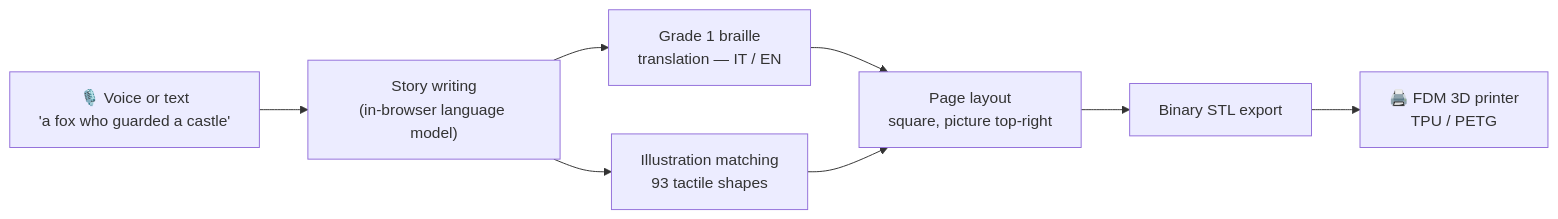
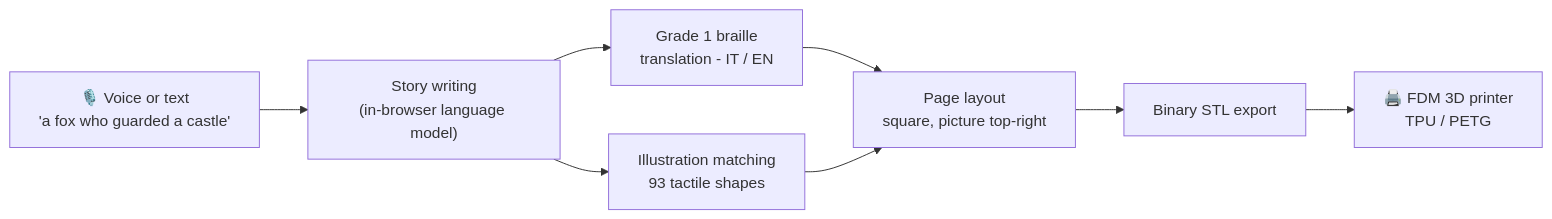
One commit to thatsfaso/tact changed the diagram in README.md. Above: the diagram before and after it, drawn with Mermaid. The commit also changed other lines of this file, not shown here.

````diff
--- a/README.md
+++ b/README.md
@@ -31,10 +31,10 @@
 ```mermaid
 flowchart LR
     A["🎙️ Voice or text\n'a fox who guarded a castle'"] --> B["Story writing\n(in-browser language model)"]
-    B --> C["Grade 1 braille\ntranslation — IT / EN"]
+    B --> C["Grade 1 braille\ntranslation - IT / EN"]
     B --> D["Illustration matching\n93 tactile shapes"]
     C --> E["Page layout\nsquare, picture top-right"]
     D --> E
     E --> F["Binary STL export"]
     F --> G["🖨️ FDM 3D printer\nTPU / PETG"]
 ```
````
